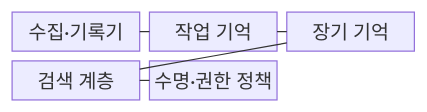
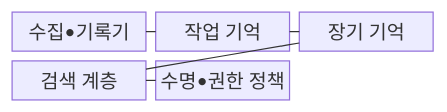
One commit to agnusdei1207/knowledge-base changed the first of 2 diagrams in src/content/docs/notes/08-latest-tech/016_agent_memory.md. Above: the diagram before and after it, drawn with Mermaid. The commit also changed other lines of this file and 953 other files, not shown here.

````diff
--- a/src/content/docs/notes/08-latest-tech/016_agent_memory.md
+++ b/src/content/docs/notes/08-latest-tech/016_agent_memory.md
@@ -66,13 +66,13 @@
 ```mermaid
 block-beta
     columns 3
-    C["수집·기록기"]
+    C["수집•기록기"]
     W["작업 기억"]
     L["장기 기억"]
     R["검색 계층"]
-    P["수명·권한 정책"]
+    P["수명•권한 정책"]
     C --- W
     W --- L
     L --- R
     R --- P
 ```
````
